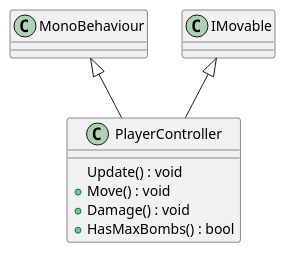
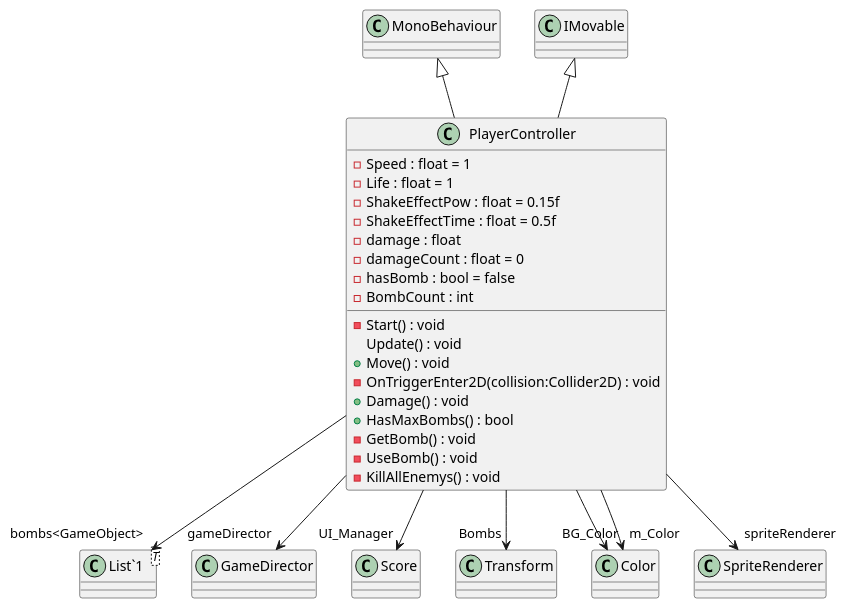
One commit to 202004g07/UnityShooting changed the diagram in Assets/Scripts/plantuml/Players/PlayerController.puml. Above: the diagram before and after it, drawn with PlantUML. The commit also changed 23 other files, not shown here.

```diff
--- a/Assets/Scripts/plantuml/Players/PlayerController.puml
+++ b/Assets/Scripts/plantuml/Players/PlayerController.puml
@@ -1,10 +1,32 @@
 @startuml
 class PlayerController {
+    - Speed : float = 1
+    - Life : float = 1
+    - ShakeEffectPow : float = 0.15f
+    - ShakeEffectTime : float = 0.5f
+    - damage : float
+    - damageCount : float = 0
+    - hasBomb : bool = false
+    - BombCount : int
+    - Start() : void
     Update() : void
     + Move() : void
+    - OnTriggerEnter2D(collision:Collider2D) : void
     + Damage() : void
     + HasMaxBombs() : bool
+    - GetBomb() : void
+    - UseBomb() : void
+    - KillAllEnemys() : void
+}
+class "List`1"<T> {
 }
 MonoBehaviour <|-- PlayerController
 IMovable <|-- PlayerController
+PlayerController --> "gameDirector" GameDirector
+PlayerController --> "UI_Manager" Score
+PlayerController --> "Bombs" Transform
+PlayerController --> "BG_Color" Color
+PlayerController --> "m_Color" Color
+PlayerController --> "spriteRenderer" SpriteRenderer
+PlayerController --> "bombs<GameObject>" "List`1"
 @enduml
```
